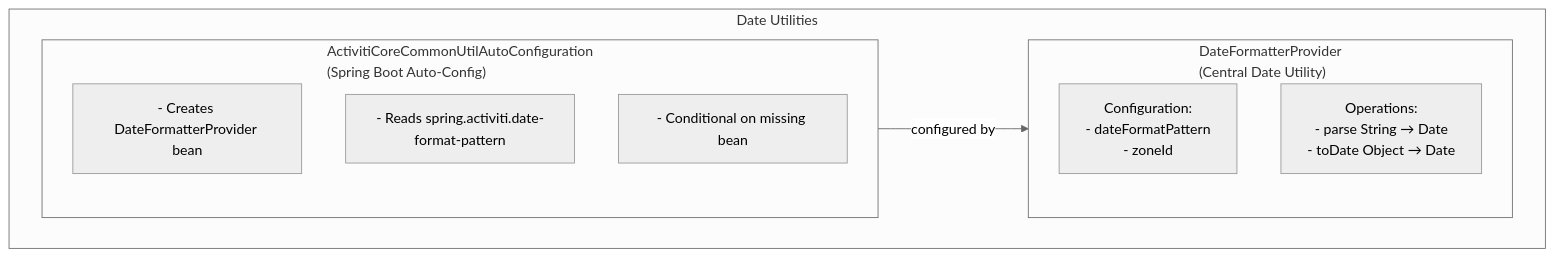
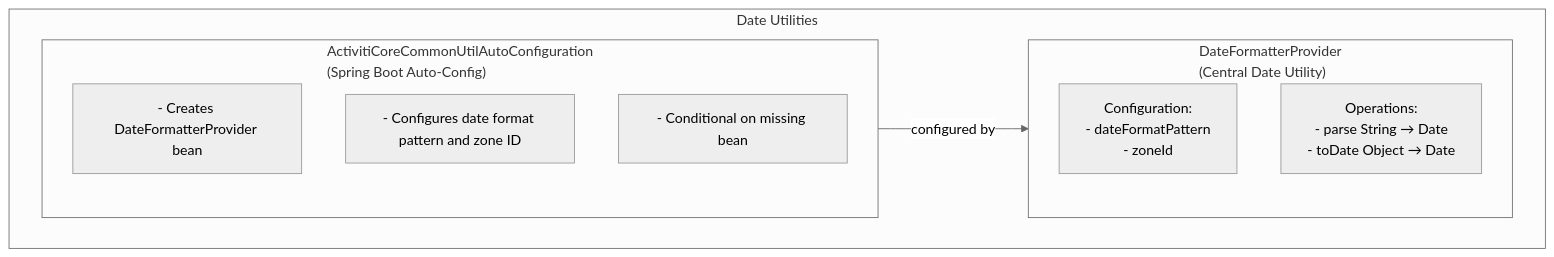
Before and after one commit to CaptainGlac1er/activiti-documentation: the first of 2 diagrams in docs/api-reference/core-common/common-util.mdx, drawn with Mermaid (neutral theme). The commit also changed other lines of this file and 63 other files, not shown here.

````diff
--- a/docs/api-reference/core-common/common-util.mdx
+++ b/docs/api-reference/core-common/common-util.mdx
@@ -69,17 +70,17 @@
 ```mermaid
 flowchart TD
     subgraph DateUtils["Date Utilities"]
         subgraph DateFormatter["DateFormatterProvider<br>(Central Date Utility)"]
             Config["Configuration:<br>- dateFormatPattern<br>- zoneId"]
             Ops["Operations:<br>- parse String → Date<br>- toDate Object → Date"]
         end
         
         subgraph AutoConfig["ActivitiCoreCommonUtilAutoConfiguration<br>(Spring Boot Auto-Config)"]
             AC1["- Creates DateFormatterProvider bean"]
-            AC2["- Reads spring.activiti.date-format-pattern"]
+            AC2["- Configures date format pattern and zone ID"]
             AC3["- Conditional on missing bean"]
         end
     end
     
     AutoConfig -->|configured by| DateFormatter
 ```
````
